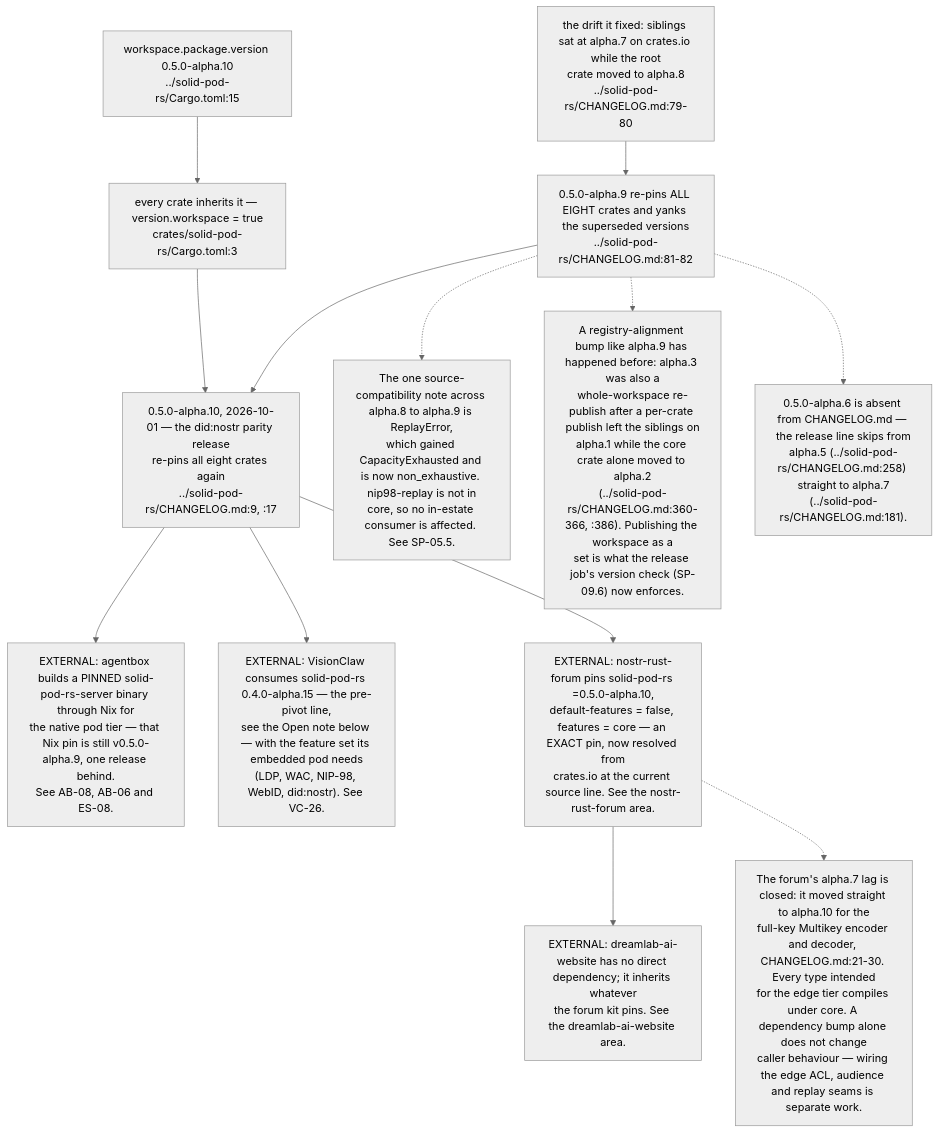
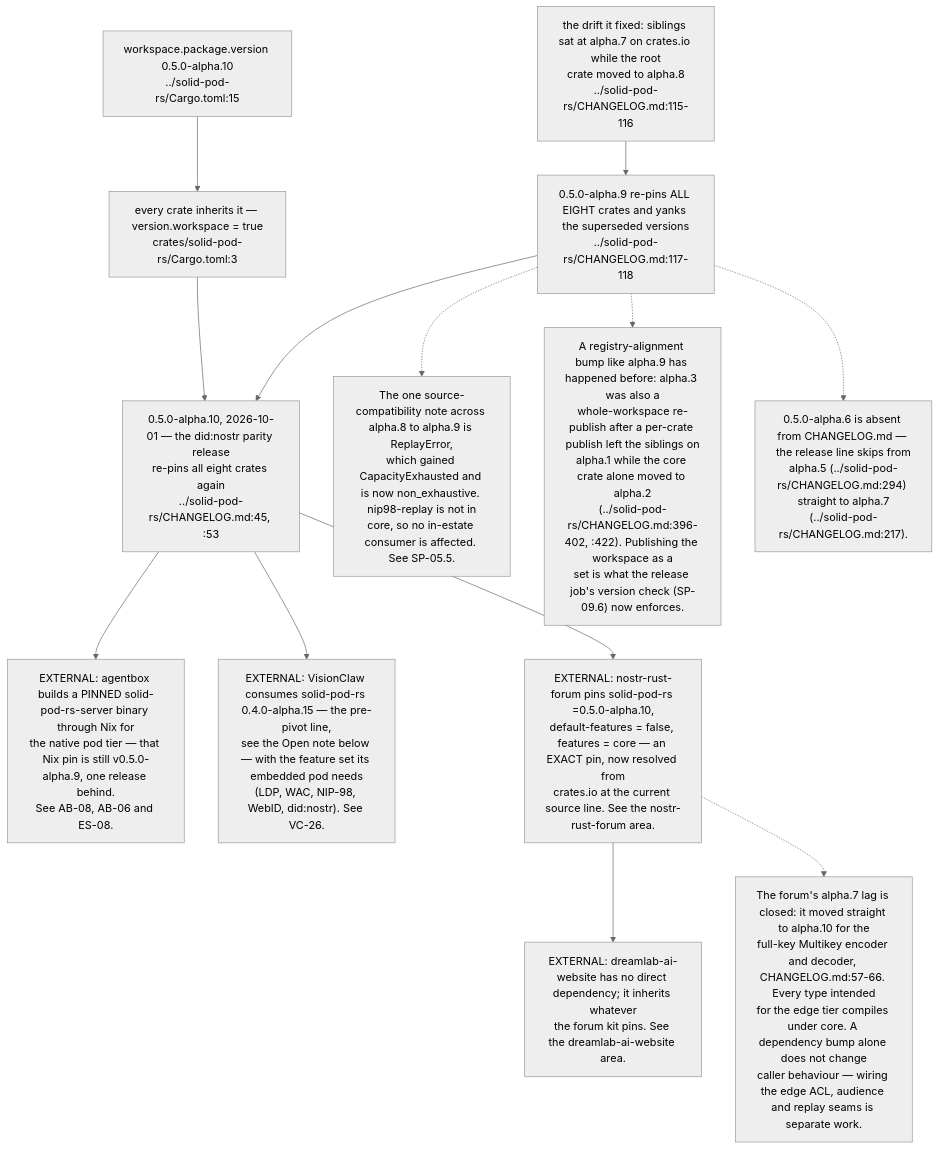
One commit to DreamLab-AI/VisionFlow changed the fifth of 9 diagrams in docs/diagrams/solid-pod-rs/09-ci-release-and-consumer-pins.md. Above: the diagram before and after it, drawn with Mermaid (neutral theme). The commit also changed other lines of this file and 31 other files, not shown here.

````diff
--- a/docs/diagrams/solid-pod-rs/09-ci-release-and-consumer-pins.md
+++ b/docs/diagrams/solid-pod-rs/09-ci-release-and-consumer-pins.md
@@ -160,31 +164,31 @@
 ```mermaid
 flowchart TD
     WSV["workspace.package.version 0.5.0-alpha.10<br/>../solid-pod-rs/Cargo.toml:15"]
     INH["every crate inherits it — version.workspace = true<br/>crates/solid-pod-rs/Cargo.toml:3"]
-    REL10["0.5.0-alpha.10, 2026-10-01 — the did:nostr parity release<br/>re-pins all eight crates again<br/>../solid-pod-rs/CHANGELOG.md:9, :17"]
-    REL["0.5.0-alpha.9 re-pins ALL EIGHT crates and yanks the superseded versions<br/>../solid-pod-rs/CHANGELOG.md:81-82"]
-    DRIFT["the drift it fixed: siblings sat at alpha.7 on crates.io while the root<br/>crate moved to alpha.8<br/>../solid-pod-rs/CHANGELOG.md:79-80"]
+    REL10["0.5.0-alpha.10, 2026-10-01 — the did:nostr parity release<br/>re-pins all eight crates again<br/>../solid-pod-rs/CHANGELOG.md:45, :53"]
+    REL["0.5.0-alpha.9 re-pins ALL EIGHT crates and yanks the superseded versions<br/>../solid-pod-rs/CHANGELOG.md:117-118"]
+    DRIFT["the drift it fixed: siblings sat at alpha.7 on crates.io while the root<br/>crate moved to alpha.8<br/>../solid-pod-rs/CHANGELOG.md:115-116"]
 
     WSV --> INH --> REL10
     REL --> REL10
     DRIFT --> REL
 
     AB["EXTERNAL: agentbox builds a PINNED solid-pod-rs-server binary through Nix for<br/>the native pod tier — that Nix pin is still v0.5.0-alpha.9, one release behind.<br/>See AB-08, AB-06 and ES-08."]
     VC["EXTERNAL: VisionClaw consumes solid-pod-rs 0.4.0-alpha.15 — the pre-pivot line,<br/>see the Open note below — with the feature set its embedded pod needs<br/>(LDP, WAC, NIP-98, WebID, did:nostr). See VC-26."]
     NF["EXTERNAL: nostr-rust-forum pins solid-pod-rs =0.5.0-alpha.10,<br/>default-features = false, features = core — an EXACT pin, now resolved from<br/>crates.io at the current source line. See the nostr-rust-forum area."]
     DW["EXTERNAL: dreamlab-ai-website has no direct dependency; it inherits whatever<br/>the forum kit pins. See the dreamlab-ai-website area."]
 
     REL10 --> AB
     REL10 --> VC
     REL10 --> NF
     NF --> DW
 
-    N["The forum's alpha.7 lag is closed: it moved straight to alpha.10 for the<br/>full-key Multikey encoder and decoder, CHANGELOG.md:21-30. Every type intended<br/>for the edge tier compiles under core. A dependency bump alone does not change<br/>caller behaviour — wiring the edge ACL, audience and replay seams is separate work."]
+    N["The forum's alpha.7 lag is closed: it moved straight to alpha.10 for the<br/>full-key Multikey encoder and decoder, CHANGELOG.md:57-66. Every type intended<br/>for the edge tier compiles under core. A dependency bump alone does not change<br/>caller behaviour — wiring the edge ACL, audience and replay seams is separate work."]
     NF -.-> N
     N2["The one source-compatibility note across alpha.8 to alpha.9 is ReplayError,<br/>which gained CapacityExhausted and is now non_exhaustive. nip98-replay is not in<br/>core, so no in-estate consumer is affected. See SP-05.5."]
     REL -.-> N2
-    N3["A registry-alignment bump like alpha.9 has happened before: alpha.3 was also a<br/>whole-workspace re-publish after a per-crate publish left the siblings on<br/>alpha.1 while the core crate alone moved to alpha.2<br/>(../solid-pod-rs/CHANGELOG.md:360-366, :386). Publishing the workspace as a<br/>set is what the release job's version check (SP-09.6) now enforces."]
+    N3["A registry-alignment bump like alpha.9 has happened before: alpha.3 was also a<br/>whole-workspace re-publish after a per-crate publish left the siblings on<br/>alpha.1 while the core crate alone moved to alpha.2<br/>(../solid-pod-rs/CHANGELOG.md:396-402, :422). Publishing the workspace as a<br/>set is what the release job's version check (SP-09.6) now enforces."]
     REL -.-> N3
-    N4["0.5.0-alpha.6 is absent from CHANGELOG.md — the release line skips from<br/>alpha.5 (../solid-pod-rs/CHANGELOG.md:258) straight to alpha.7<br/>(../solid-pod-rs/CHANGELOG.md:181)."]
+    N4["0.5.0-alpha.6 is absent from CHANGELOG.md — the release line skips from<br/>alpha.5 (../solid-pod-rs/CHANGELOG.md:294) straight to alpha.7<br/>(../solid-pod-rs/CHANGELOG.md:217)."]
     REL -.-> N4
 ```
````
